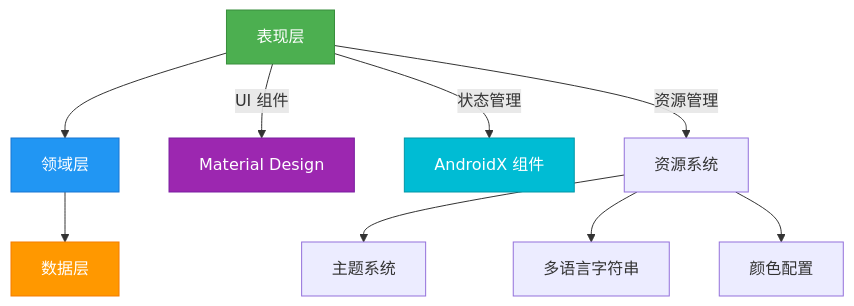
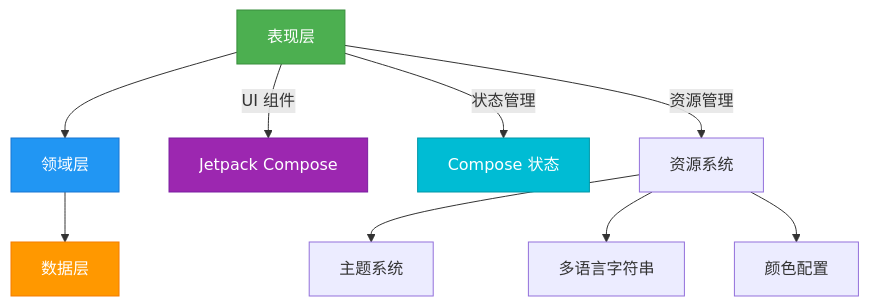
The second of 7 diagrams in .qoder/repowiki/zh/content/项目概述.md (cjlhll/bilitv), drawn with Mermaid before and after one commit. The commit also changed other lines of this file and 8 other files, not shown here.

First line of the commit message:
feat(app): 引入 Jetpack Compose 和相关现代库

````diff
--- a/.qoder/repowiki/zh/content/项目概述.md
+++ b/.qoder/repowiki/zh/content/项目概述.md
@@ -84,19 +97,19 @@
 ```mermaid
 graph TD
 A[表现层]
 B[领域层]
 C[数据层]
 A --> B
 B --> C
-A --> |UI 组件| Material["Material Design"]
-A --> |状态管理| AndroidX["AndroidX 组件"]
+A --> |UI 组件| Compose["Jetpack Compose"]
+A --> |状态管理| State["Compose 状态"]
 A --> |资源管理| Resources["资源系统"]
 Resources --> Themes["主题系统"]
 Resources --> Strings["多语言字符串"]
 Resources --> Colors["颜色配置"]
 style A fill:#4CAF50,stroke:#388E3C,color:white
 style B fill:#2196F3,stroke:#1976D2,color:white
 style C fill:#FF9800,stroke:#F57C00,color:white
-style Material fill:#9C27B0,stroke:#7B1FA2,color:white
-style AndroidX fill:#00BCD4,stroke:#0097A7,color:white
+style Compose fill:#9C27B0,stroke:#7B1FA2,color:white
+style State fill:#00BCD4,stroke:#0097A7,color:white
 ```
````
